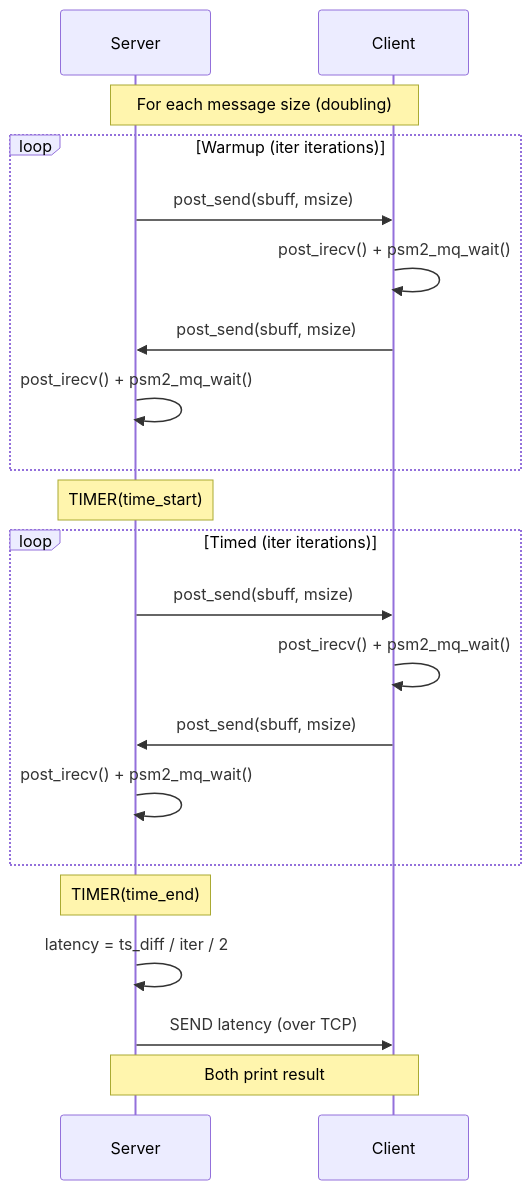
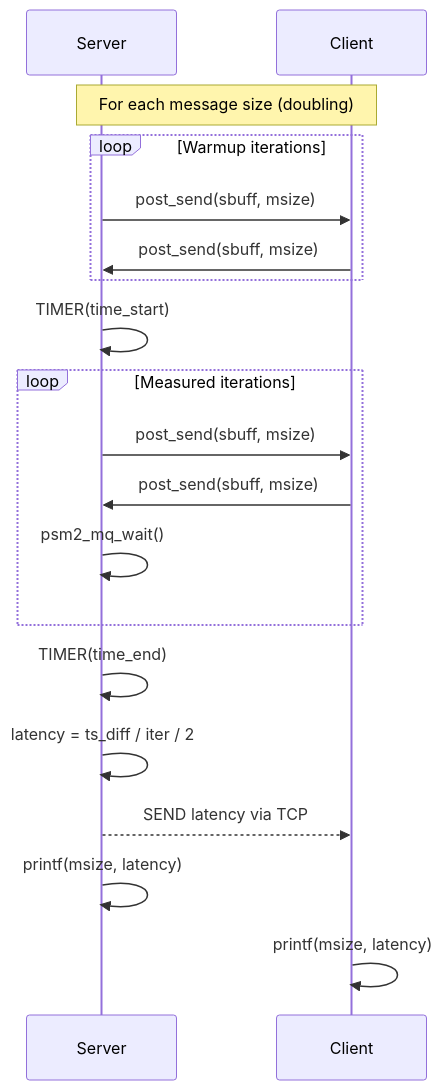
One commit to cornelisnetworks/opa-psm2-tests changed the third of 4 diagrams in docs/opa-psm2-tests.md. Above: the diagram before and after it, drawn with Mermaid. The commit also changed other lines of this file, not shown here.

````diff
--- a/docs/opa-psm2-tests.md
+++ b/docs/opa-psm2-tests.md
@@ -82,27 +86,27 @@
 ```mermaid
 sequenceDiagram
     participant Server
     participant Client
 
     Note over Server,Client: For each message size (doubling)
-    
-    loop Warmup (iter iterations)
+
+    loop Warmup iterations
         Server->>Client: post_send(sbuff, msize)
-        Client->>Client: post_irecv() + psm2_mq_wait()
         Client->>Server: post_send(sbuff, msize)
-        Server->>Server: post_irecv() + psm2_mq_wait()
     end
 
-    Note over Server: TIMER(time_start)
-    loop Timed (iter iterations)
+    Server->>Server: TIMER(time_start)
+
+    loop Measured iterations
         Server->>Client: post_send(sbuff, msize)
-        Client->>Client: post_irecv() + psm2_mq_wait()
         Client->>Server: post_send(sbuff, msize)
-        Server->>Server: post_irecv() + psm2_mq_wait()
+        Server->>Server: psm2_mq_wait()
     end
-    Note over Server: TIMER(time_end)
 
+    Server->>Server: TIMER(time_end)
     Server->>Server: latency = ts_diff / iter / 2
-    Server->>Client: SEND latency (over TCP)
-    Note over Server,Client: Both print result
+
+    Server-->>Client: SEND latency via TCP
+    Server->>Server: printf(msize, latency)
+    Client->>Client: printf(msize, latency)
 ```
````
